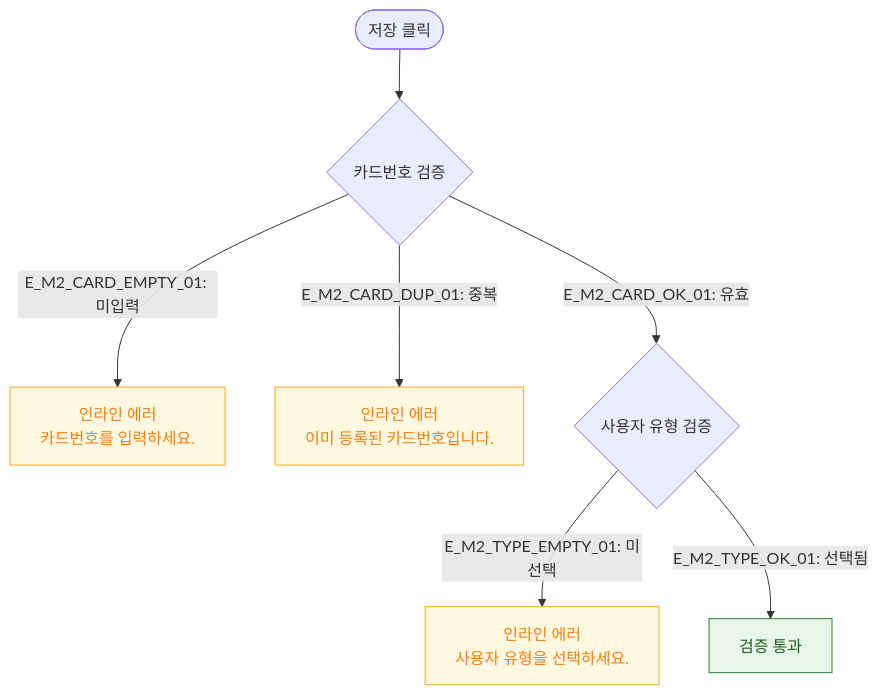
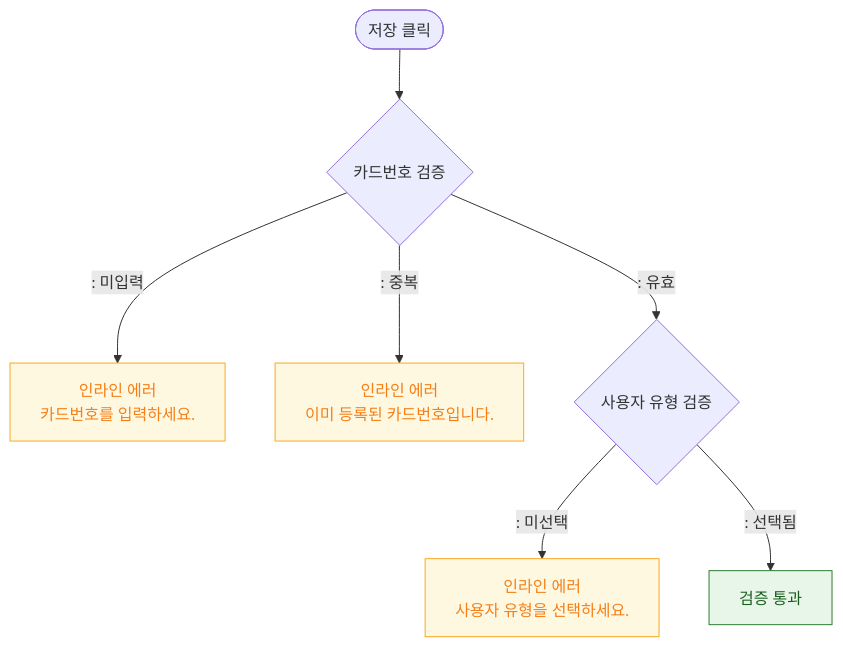
The diagram in docs/다이어그램/D06_시설관리/DLG/DLG-052-001_RFID등록수정/M2_필드검증.md (dev-spogym/admin-pando), drawn with Mermaid before and after one commit. The commit also changed other lines of this file and 1660 other files, not shown here.

First line of the commit message:
다이어그램: 기획자/클라이언트 납품본으로 정리

````diff
--- a/docs/다이어그램/D06_시설관리/DLG/DLG-052-001_RFID등록수정/M2_필드검증.md
+++ b/docs/다이어그램/D06_시설관리/DLG/DLG-052-001_RFID등록수정/M2_필드검증.md
@@ -16,14 +14,14 @@
 ```mermaid
 flowchart TD
     SUBMIT([저장 클릭]) --> V1{카드번호 검증}
-    V1 -->|"E_M2_CARD_EMPTY_01: 미입력"| ErrCard[인라인 에러\n카드번호를 입력하세요.]
-    V1 -->|"E_M2_CARD_DUP_01: 중복"| ErrDup[인라인 에러\n이미 등록된 카드번호입니다.]
-    V1 -->|"E_M2_CARD_OK_01: 유효"| V2{사용자 유형 검증}
-    V2 -->|"E_M2_TYPE_EMPTY_01: 미선택"| ErrType[인라인 에러\n사용자 유형을 선택하세요.]
-    V2 -->|"E_M2_TYPE_OK_01: 선택됨"| PASS[검증 통과]
+    V1 -->|": 미입력"|ErrCard[인라인 에러\n카드번호를 입력하세요.]
+    V1 -->|": 중복"|ErrDup[인라인 에러\n이미 등록된 카드번호입니다.]
+    V1 -->|": 유효"|V2{사용자 유형 검증}
+    V2 -->|": 미선택"|ErrType[인라인 에러\n사용자 유형을 선택하세요.]
+    V2 -->|": 선택됨"|PASS[검증 통과]
 
     classDef warning fill:#FFF8E1,stroke:#F9A825,color:#F57F17
     classDef success fill:#E8F5E9,stroke:#2E7D32,color:#1B5E20
     class ErrCard,ErrDup,ErrType warning
     class PASS success
 ```
````
